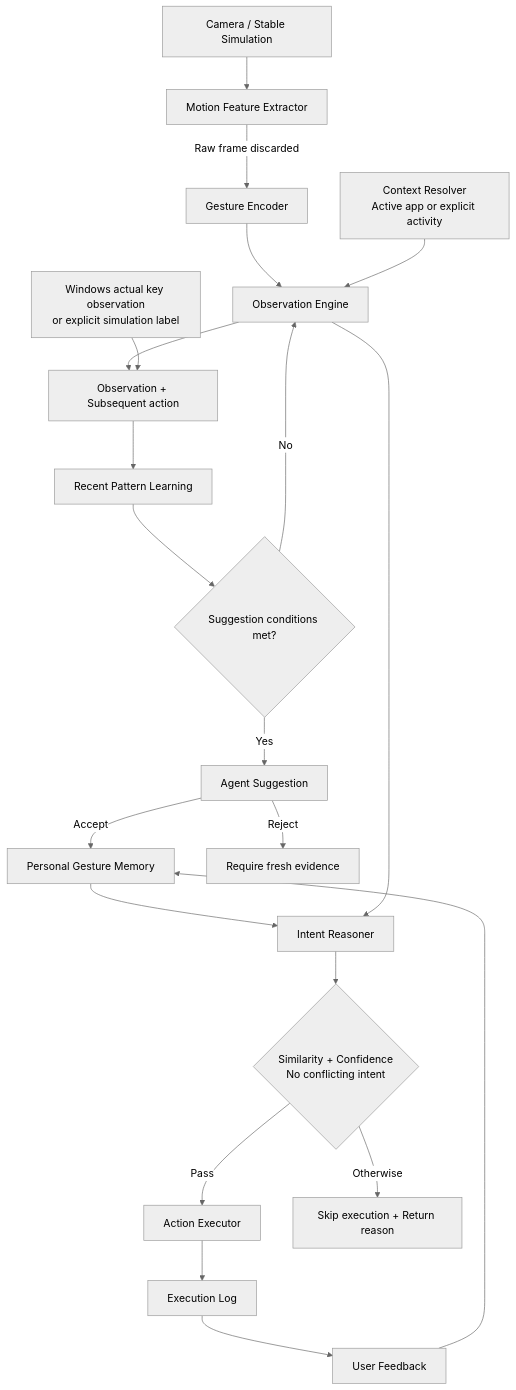
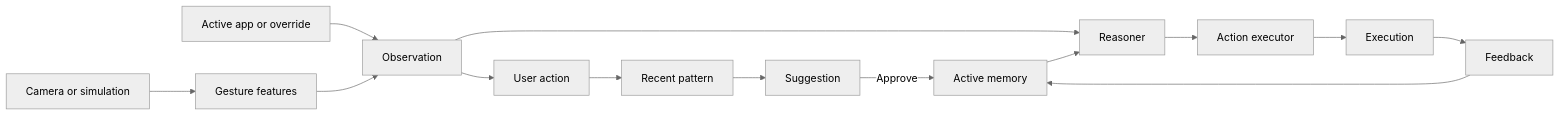
The diagram in docs/architecture.md (Wanted-WAVE-ON/WAVE-ON), drawn with Mermaid (neutral theme) before and after one commit. The commit also changed other lines of this file and 17 other files, not shown here.

````diff
--- a/docs/architecture.md
+++ b/docs/architecture.md
@@ -7,23 +7,16 @@
 ```mermaid
-flowchart TD
-    A[Camera / Stable Simulation] --> B[Motion Feature Extractor]
-    B -->|Raw frame discarded| C[Gesture Encoder]
-    C --> D[Observation Engine]
-    X[Context Resolver<br/>Active app or explicit activity] --> D
-    D --> T[Observation + Subsequent action]
-    Y[Windows actual key observation<br/>or explicit simulation label] --> T
-    T --> E[Recent Pattern Learning]
-    E --> F{Suggestion conditions met?}
-    F -- No --> D
-    F -- Yes --> G[Agent Suggestion]
-    G -- Accept --> H[Personal Gesture Memory]
-    G -- Reject --> I[Require fresh evidence]
-    H --> J[Intent Reasoner]
-    D --> J
-    J --> K{Similarity + Confidence<br/>No conflicting intent}
-    K -- Pass --> L[Action Executor]
-    K -- Otherwise --> O[Skip execution + Return reason]
-    L --> M[Execution Log]
-    M --> N[User Feedback]
-    N --> H
+flowchart LR
+  A[Camera or simulation] --> B[Gesture features]
+  C[Active app or override] --> D[Observation]
+  B --> D
+  D --> E[User action]
+  E --> F[Recent pattern]
+  F --> G[Suggestion]
+  G -->|Approve| H[Active memory]
+  D --> I[Reasoner]
+  H --> I
+  I --> J[Action executor]
+  J --> K[Execution]
+  K --> L[Feedback]
+  L --> H
 ```
````
